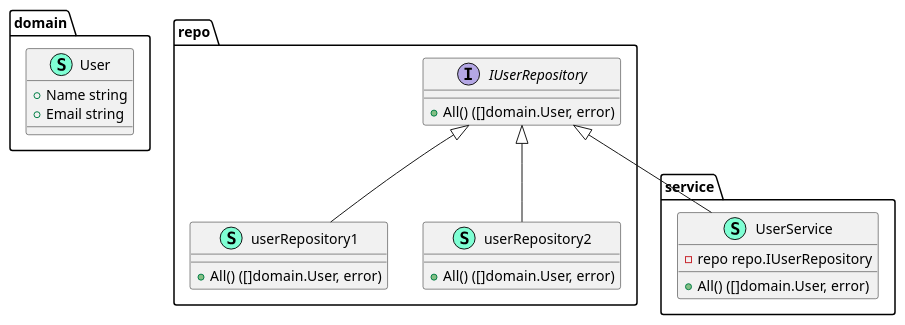
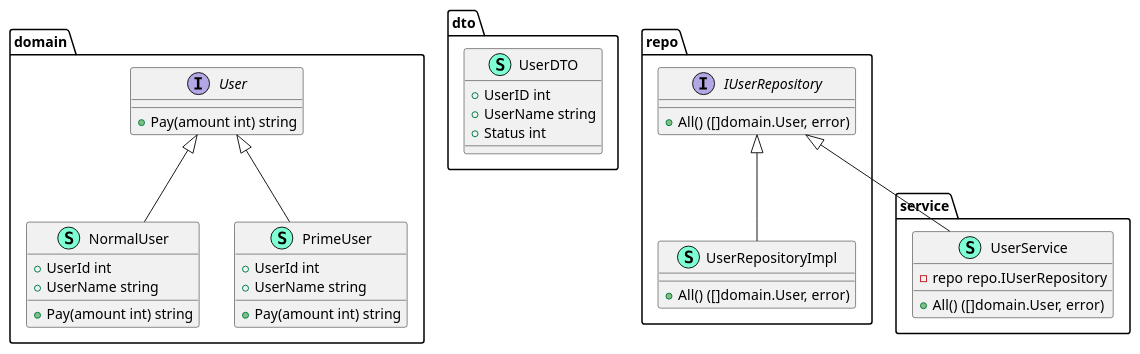
One commit to aka-ao/golang_factroy_pattern changed the diagram in di_sample.puml. Above: the diagram before and after it, drawn with PlantUML. The commit also changed 5 other files, not shown here.

```diff
--- a/di_sample.puml
+++ b/di_sample.puml
@@ -1,40 +1,60 @@
 @startuml
 namespace domain {
-    class User << (S,Aquamarine) >> {
-        + Name string
-        + Email string
+    class NormalUser << (S,Aquamarine) >> {
+        + UserId int
+        + UserName string
+
+        + Pay(amount int) string
+
+    }
+    class PrimeUser << (S,Aquamarine) >> {
+        + UserId int
+        + UserName string
+
+        + Pay(amount int) string
+
+    }
+    interface User  {
+        + Pay(amount int) string
+
+    }
+}
+
+"domain.User" <|-- "domain.NormalUser"
+"domain.User" <|-- "domain.PrimeUser"
+
+namespace dto {
+    class UserDTO << (S,Aquamarine) >> {
+        + UserID int
+        + UserName string
+        + Status int
 
     }
 }
 
 
 namespace repo {
     interface IUserRepository  {
         + All() ([]domain.User, error)
 
     }
-    class userRepository1 << (S,Aquamarine) >> {
-        + All() ([]domain.User, error)
-
-    }
-    class userRepository2 << (S,Aquamarine) >> {
+    class UserRepositoryImpl << (S,Aquamarine) >> {
         + All() ([]domain.User, error)
 
     }
 }
 
-"repo.IUserRepository" <|-- "repo.userRepository1"
-"repo.IUserRepository" <|-- "repo.userRepository2"
+"repo.IUserRepository" <|-- "repo.UserRepositoryImpl"
 
 namespace service {
     class UserService << (S,Aquamarine) >> {
         - repo repo.IUserRepository
 
         + All() ([]domain.User, error)
 
     }
 }
 
 "repo.IUserRepository" <|-- "service.UserService"
 
 @enduml
```
